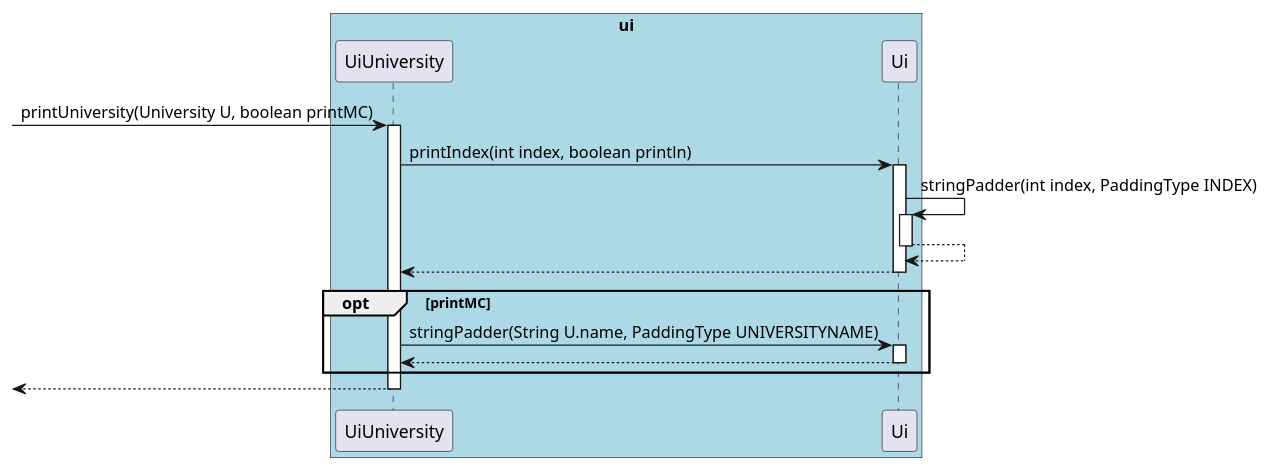
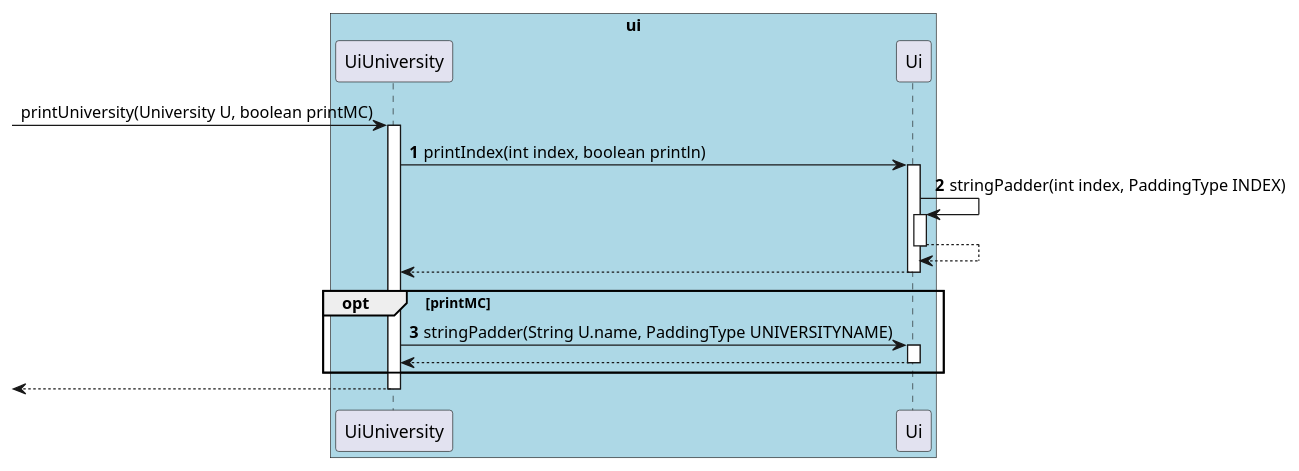
Before and after one commit to nus-cs2113-AY2122S1/tp: the diagram in docs/umls/uiseq.puml, drawn with PlantUML. The commit also changed 3 other files, not shown here.

```diff
--- a/docs/umls/uiseq.puml
+++ b/docs/umls/uiseq.puml
@@ -1,37 +1,39 @@
 @startuml
 'https://plantuml.com/sequence-diagram
 
 box "ui" #LightBlue
 participant UiUniversity
 participant Ui
 end box
 
 [-> UiUniversity: printUniversity(University U, boolean printMC)
 activate UiUniversity
 
+autonumber 1
 UiUniversity -> Ui: printIndex(int index, boolean println)
 activate Ui
 
 Ui -> Ui : stringPadder(int index, PaddingType INDEX)
 activate Ui
 
-
+autonumber stop
 Ui --> Ui
 deactivate Ui
 
 Ui --> UiUniversity
 deactivate Ui
 
 
-
+autonumber 3
 opt printMC
     UiUniversity -> Ui : stringPadder(String U.name, PaddingType UNIVERSITYNAME)
     activate Ui
+    autonumber stop
     Ui --> UiUniversity
     deactivate Ui
    end
 
 <-- UiUniversity
 deactivate UiUniversity
 
 @enduml
```
